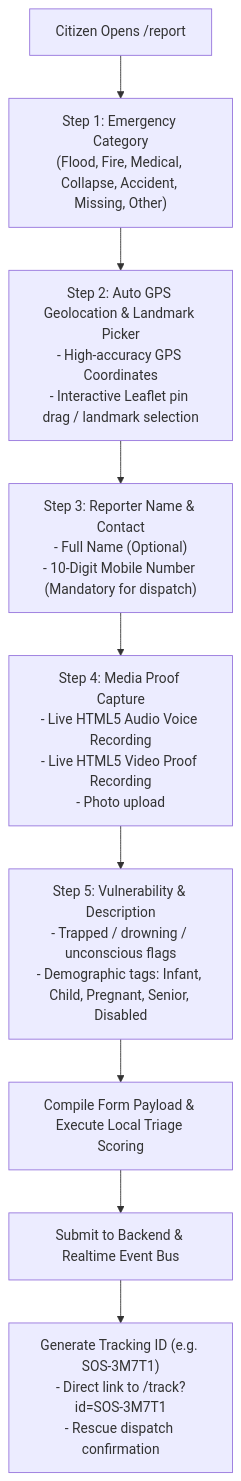
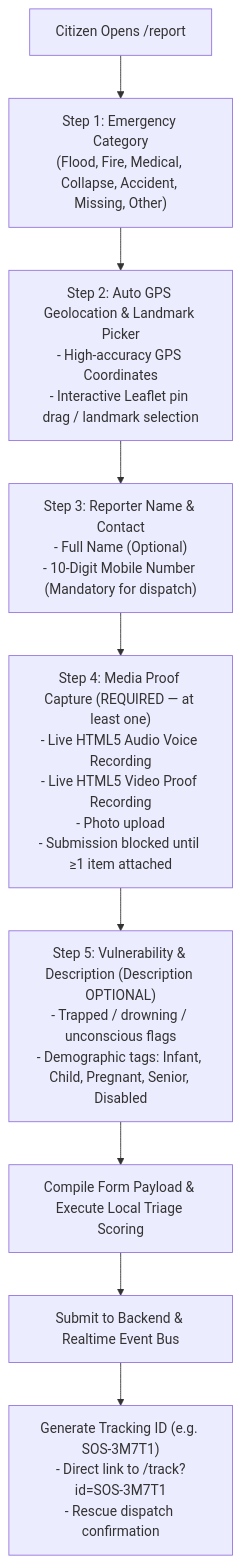
One commit to MrinallSamal-byte/SIH changed the third of 12 diagrams in flow.md. Above: the diagram before and after it, drawn with Mermaid. The commit also changed 4 other files, not shown here.

````diff
--- a/flow.md
+++ b/flow.md
@@ -104,16 +104,16 @@
 ```mermaid
 flowchart TD
     Start["Citizen Opens /report"] --> Step1["Step 1: Emergency Category\n(Flood, Fire, Medical, Collapse, Accident, Missing, Other)"]
     
     Step1 --> Step2["Step 2: Auto GPS Geolocation & Landmark Picker\n- High-accuracy GPS Coordinates\n- Interactive Leaflet pin drag / landmark selection"]
     
     Step2 --> Step3["Step 3: Reporter Name & Contact\n- Full Name (Optional)\n- 10-Digit Mobile Number (Mandatory for dispatch)"]
     
-    Step3 --> Step4["Step 4: Media Proof Capture\n- Live HTML5 Audio Voice Recording\n- Live HTML5 Video Proof Recording\n- Photo upload"]
+    Step3 --> Step4["Step 4: Media Proof Capture (REQUIRED — at least one)\n- Live HTML5 Audio Voice Recording\n- Live HTML5 Video Proof Recording\n- Photo upload\n- Submission blocked until ≥1 item attached"]
 
-    Step4 --> Step5["Step 5: Vulnerability & Description\n- Trapped / drowning / unconscious flags\n- Demographic tags: Infant, Child, Pregnant, Senior, Disabled"]
+    Step4 --> Step5["Step 5: Vulnerability & Description (Description OPTIONAL)\n- Trapped / drowning / unconscious flags\n- Demographic tags: Infant, Child, Pregnant, Senior, Disabled"]
 
     Step5 --> ProcessPayload["Compile Form Payload & Execute Local Triage Scoring"]
     ProcessPayload --> Submit["Submit to Backend & Realtime Event Bus"]
     Submit --> Success["Generate Tracking ID (e.g. SOS-3M7T1)\n- Direct link to /track?id=SOS-3M7T1\n- Rescue dispatch confirmation"]
 ```
````
